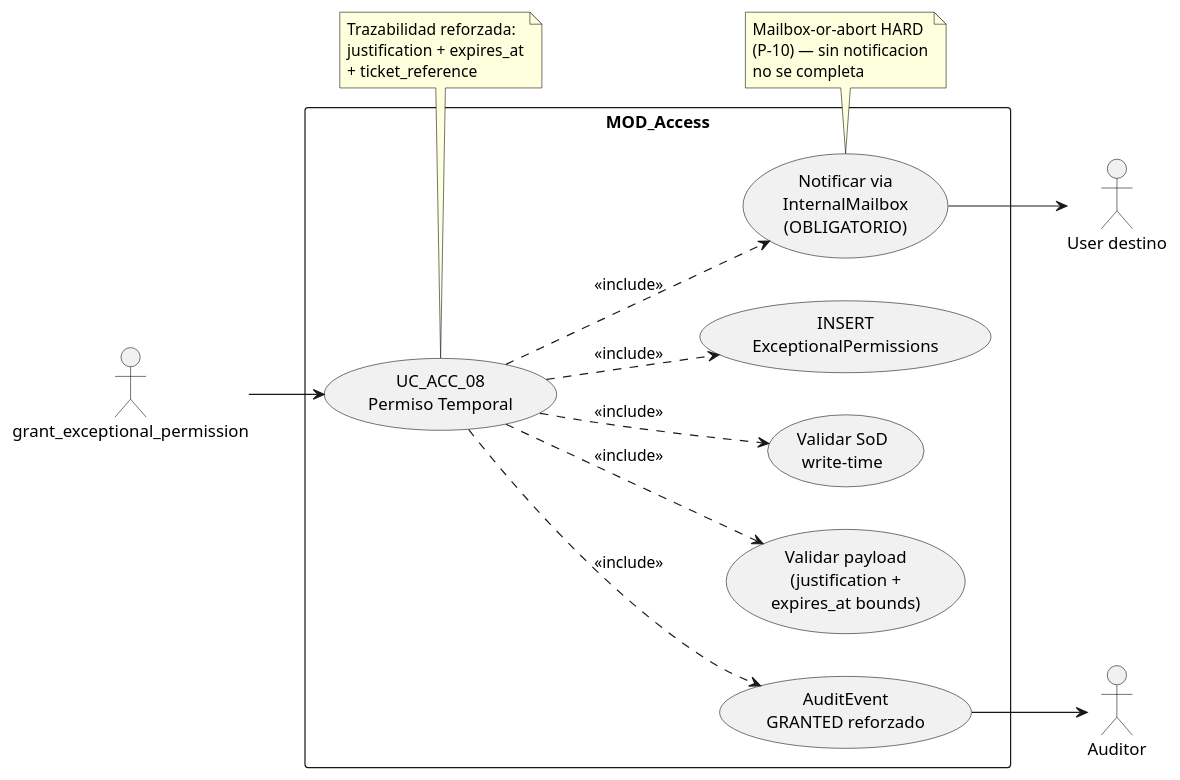
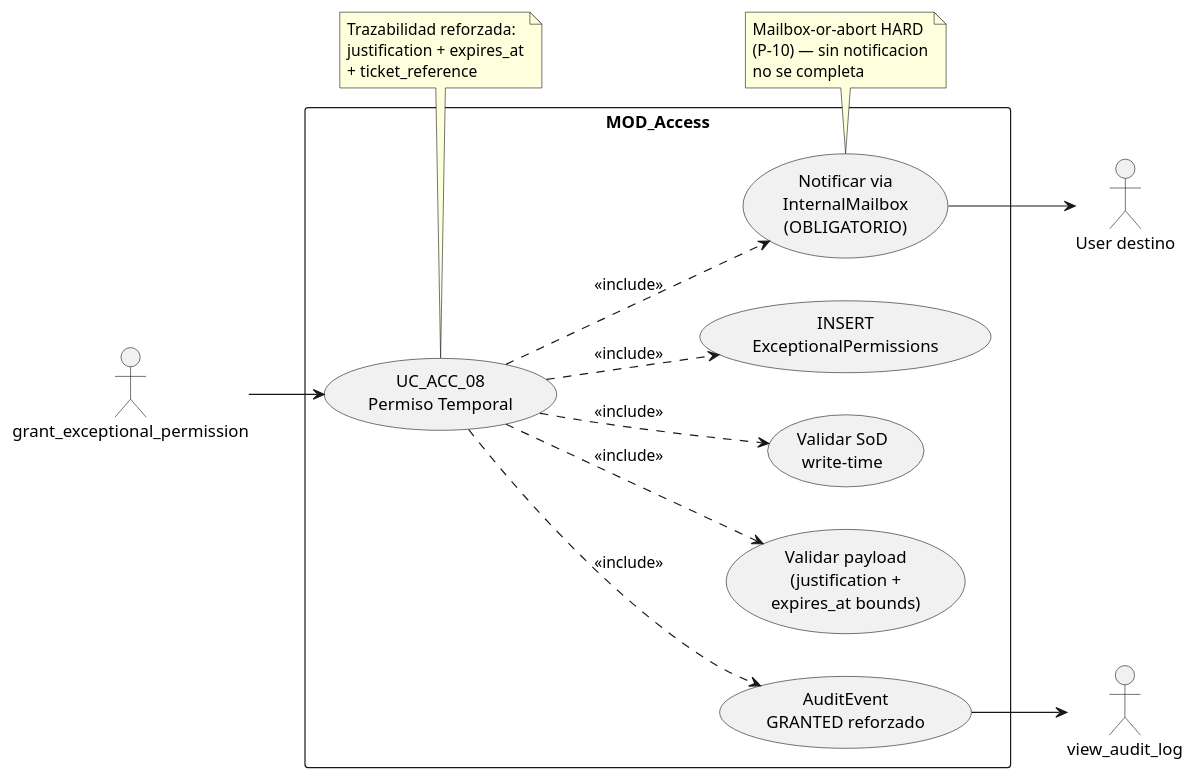
Before and after one commit to jcg-admin/IACT-docs: the first of 4 diagrams in source/requisitos/casos-uso/access/uc-acc-08/diagramas-uml.rst, drawn with PlantUML. The commit also changed 157 other files, not shown here.

First line of the commit message:
Enforce catalog function names across all diagrams

```diff
--- a/source/requisitos/casos-uso/access/uc-acc-08/diagramas-uml.rst
+++ b/source/requisitos/casos-uso/access/uc-acc-08/diagramas-uml.rst
@@ -10,40 +10,40 @@
 .. uml::
  :caption: UC_ACC_08 — actores y casos asociados
 
  @startuml
  left to right direction
 
  actor "grant_exceptional_permission" as INVOKER
  actor "User destino" as TARGET
- actor "Auditor" as AUD
+ actor "view_audit_log" as AUD
 
  rectangle "MOD_Access" {
    usecase "UC_ACC_08\nPermiso Temporal" as UC08
    usecase "Validar payload\n(justification +\nexpires_at bounds)" as VPL
    usecase "Validar SoD\nwrite-time" as VSOD
    usecase "INSERT\nExceptionalPermissions" as INS
    usecase "Notificar via\nInternalMailbox\n(OBLIGATORIO)" as NOT
    usecase "AuditEvent\nGRANTED reforzado" as EMI
  }
 
  INVOKER --> UC08
  UC08 ..> VPL : <<include>>
  UC08 ..> VSOD : <<include>>
  UC08 ..> INS : <<include>>
  UC08 ..> NOT : <<include>>
  UC08 ..> EMI : <<include>>
  NOT --> TARGET
  EMI --> AUD
 
  note bottom of NOT
    Mailbox-or-abort HARD
    (P-10) — sin notificacion
    no se completa
  end note
  note bottom of UC08
    Trazabilidad reforzada:
    justification + expires_at
    + ticket_reference
  end note
 
  @enduml
```
